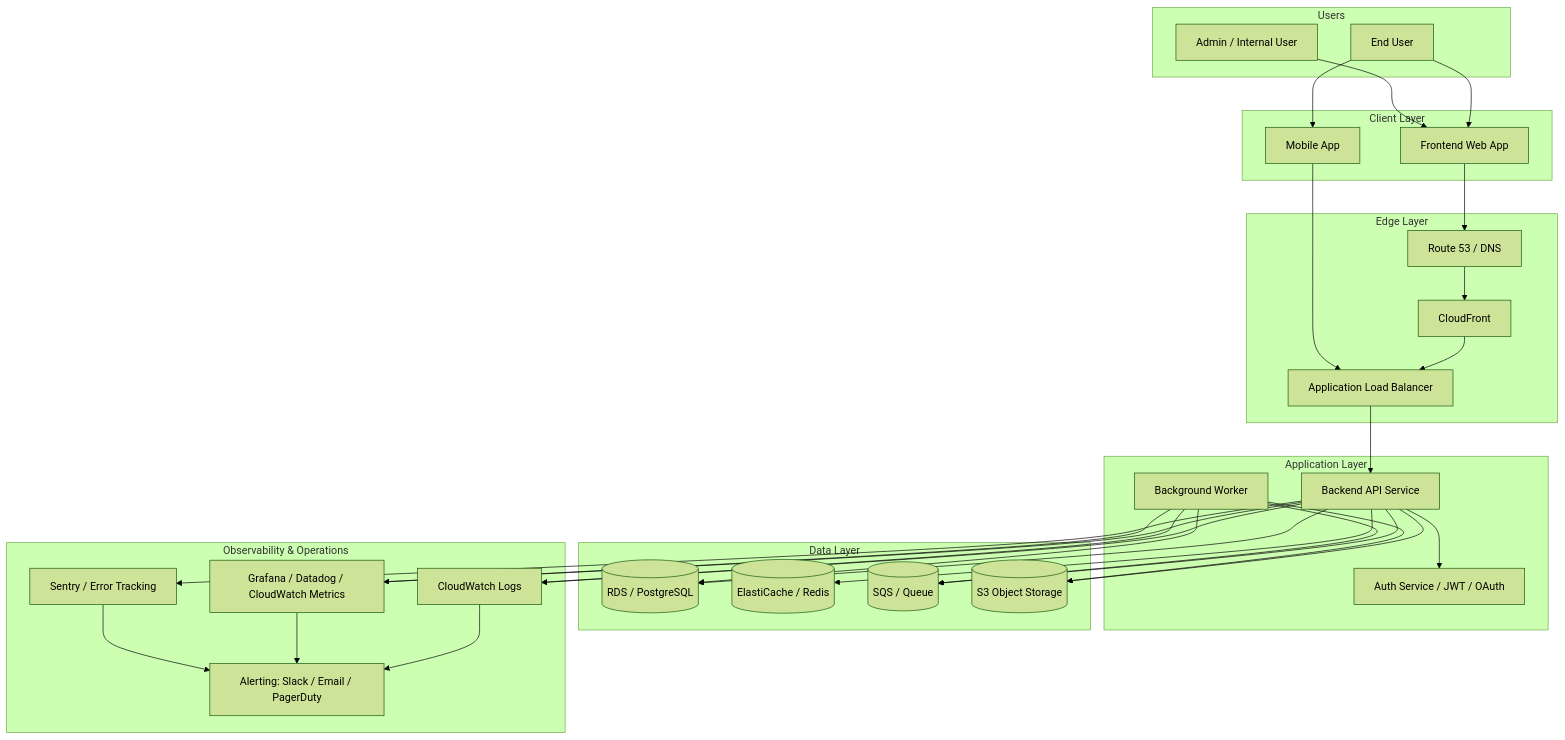
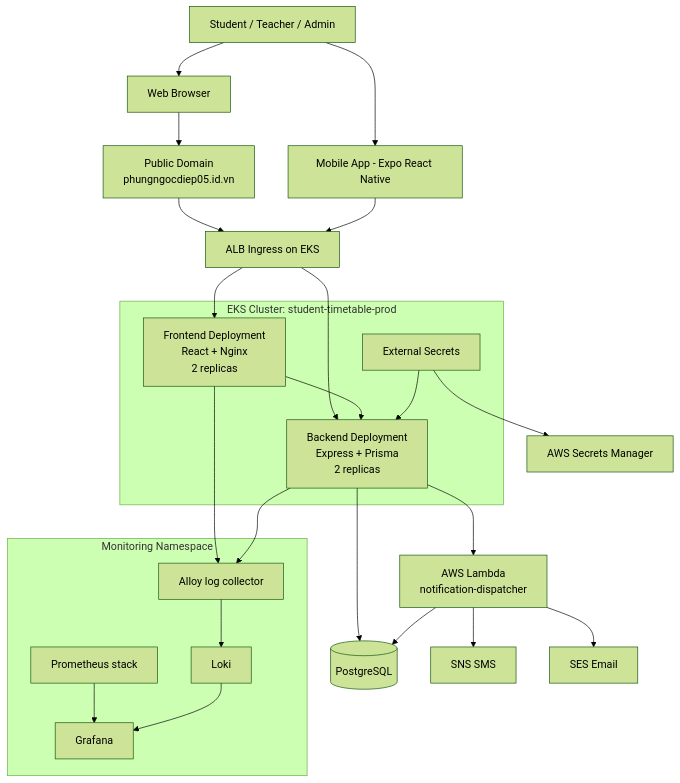
Before and after one commit to Hikaru2035/student-timetable: the first of 8 diagrams in diagram.md, drawn with Mermaid (forest theme). The commit also changed other lines of this file, not shown here.

First line of the commit message:
Revise architecture diagrams for student timetable system

````diff
--- a/diagram.md
+++ b/diagram.md
@@ -9,64 +15,46 @@
 ```mermaid
 flowchart TB
-    subgraph Users[Users]
-        EndUser[End User]
-        Admin[Admin / Internal User]
+    User[Student / Teacher / Admin]
+    Browser[Web Browser]
+    Phone[Mobile App - Expo React Native]
+
+    DNS[Public Domain\nphungngocdiep05.id.vn]
+    ALB[ALB Ingress on EKS]
+
+    subgraph EKS[EKS Cluster: student-timetable-prod]
+        FE[Frontend Deployment\nReact + Nginx\n2 replicas]
+        BE[Backend Deployment\nExpress + Prisma\n2 replicas]
+        ES[External Secrets]
     end
 
-    subgraph Clients[Client Layer]
-        Web[Frontend Web App]
-        Mobile[Mobile App]
+    Secrets[AWS Secrets Manager]
+    DB[(PostgreSQL)]
+    Lambda[AWS Lambda\nnotification-dispatcher]
+    SNS[SNS SMS]
+    SES[SES Email]
+
+    subgraph Monitoring[Monitoring Namespace]
+        Grafana[Grafana]
+        Prom[Prometheus stack]
+        Loki[Loki]
+        Alloy[Alloy log collector]
     end
 
-    subgraph Edge[Edge Layer]
-        DNS[Route 53 / DNS]
-        CDN[CloudFront]
-        ALB[Application Load Balancer]
-    end
-
-    subgraph App[Application Layer]
-        API[Backend API Service]
-        Auth[Auth Service / JWT / OAuth]
-        Worker[Background Worker]
-    end
-
-    subgraph Data[Data Layer]
-        DB[(RDS / PostgreSQL)]
-        Cache[(ElastiCache / Redis)]
-        Queue[(SQS / Queue)]
-        Storage[(S3 Object Storage)]
-    end
-
-    subgraph Ops[Observability & Operations]
-        Logs[CloudWatch Logs]
-        Metrics[Grafana / Datadog / CloudWatch Metrics]
-        Errors[Sentry / Error Tracking]
-        Alerts[Alerting: Slack / Email / PagerDuty]
-    end
-
-    EndUser --> Web
-    EndUser --> Mobile
-    Admin --> Web
-
-    Web --> DNS --> CDN --> ALB --> API
-    Mobile --> ALB
-
-    API --> Auth
-    API --> DB
-    API --> Cache
-    API --> Queue
-    API --> Storage
-
-    Worker --> Queue
-    Worker --> DB
-    Worker --> Storage
-
-    API --> Logs
-    API --> Metrics
-    API --> Errors
-    Worker --> Logs
-    Worker --> Metrics
-    Logs --> Alerts
-    Metrics --> Alerts
-    Errors --> Alerts
+    User --> Browser --> DNS --> ALB
+    User --> Phone --> ALB
+    ALB --> FE
+    ALB --> BE
+    FE --> BE
+    BE --> DB
+    ES --> Secrets
+    ES --> BE
+    BE --> Lambda
+    Lambda --> DB
+    Lambda --> SNS
+    Lambda --> SES
+    FE --> Alloy
+    BE --> Alloy
+    Alloy --> Loki
+    Prom --> Grafana
+    Loki --> Grafana
 ```
````
